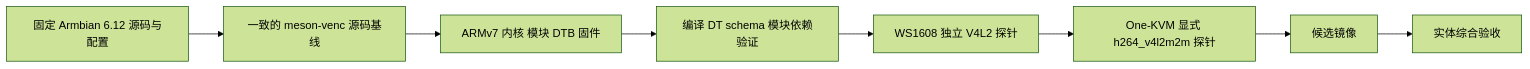
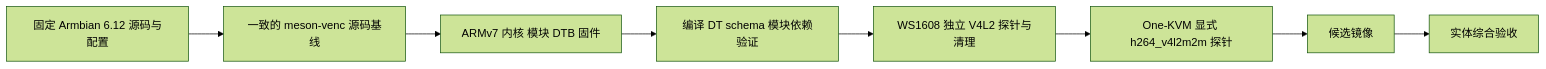
The second of 2 diagrams in docs/architecture.md (wuhao1477/ws1608-one-kvm-builder), drawn with Mermaid (forest theme) before and after one commit. The commit also changed other lines of this file and 10 other files, not shown here.

````diff
--- a/docs/architecture.md
+++ b/docs/architecture.md
@@ -45,10 +46,10 @@
 ```mermaid
 flowchart LR
   A[固定 Armbian 6.12 源码与配置] --> B[一致的 meson-venc 源码基线]
   B --> C[ARMv7 内核 模块 DTB 固件]
   C --> D[编译 DT schema 模块依赖验证]
-  D --> E[WS1608 独立 V4L2 探针]
+  D --> E[WS1608 独立 V4L2 探针与清理]
   E --> F[One-KVM 显式 h264_v4l2m2m 探针]
   F --> G[候选镜像]
   G --> H[实体综合验收]
 ```
````
